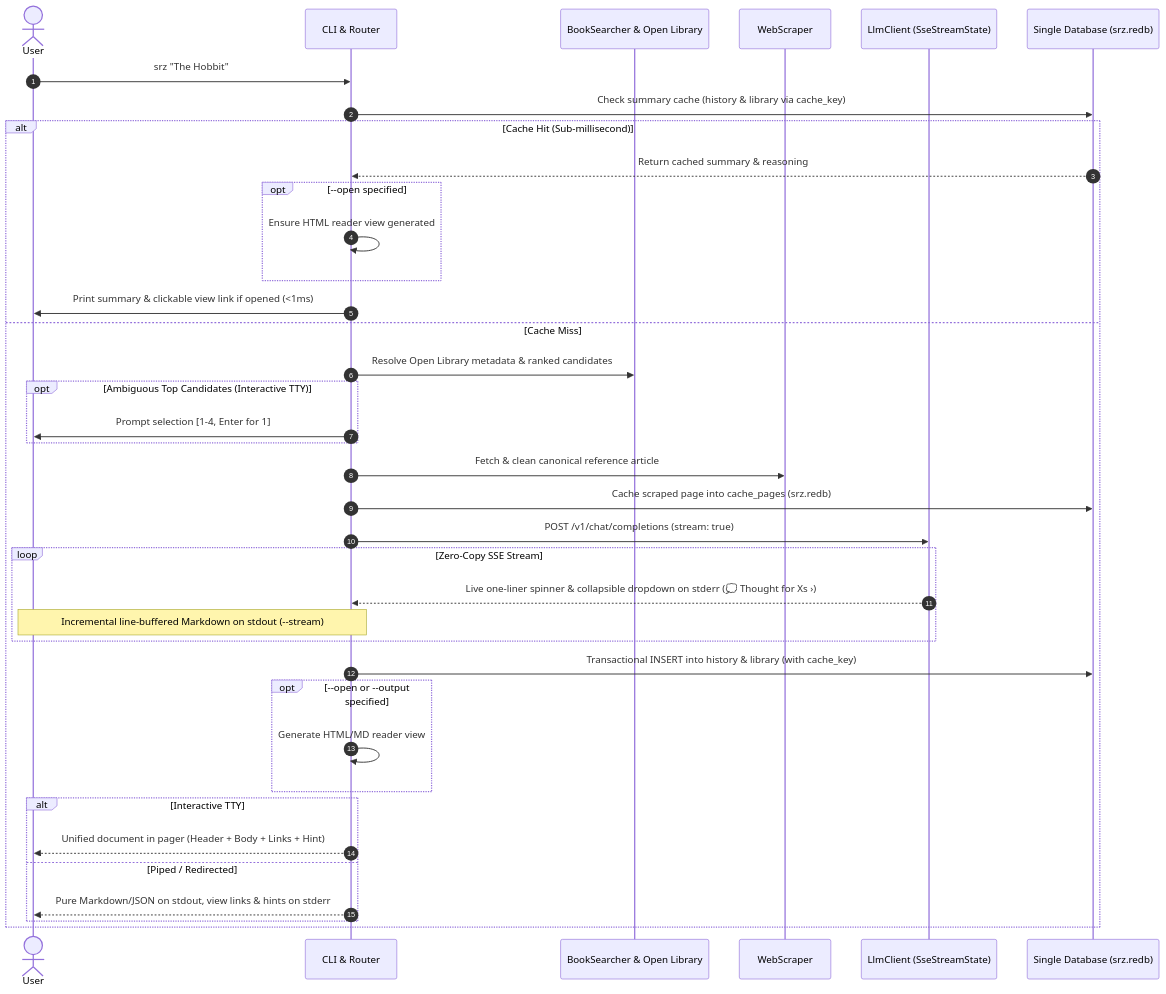
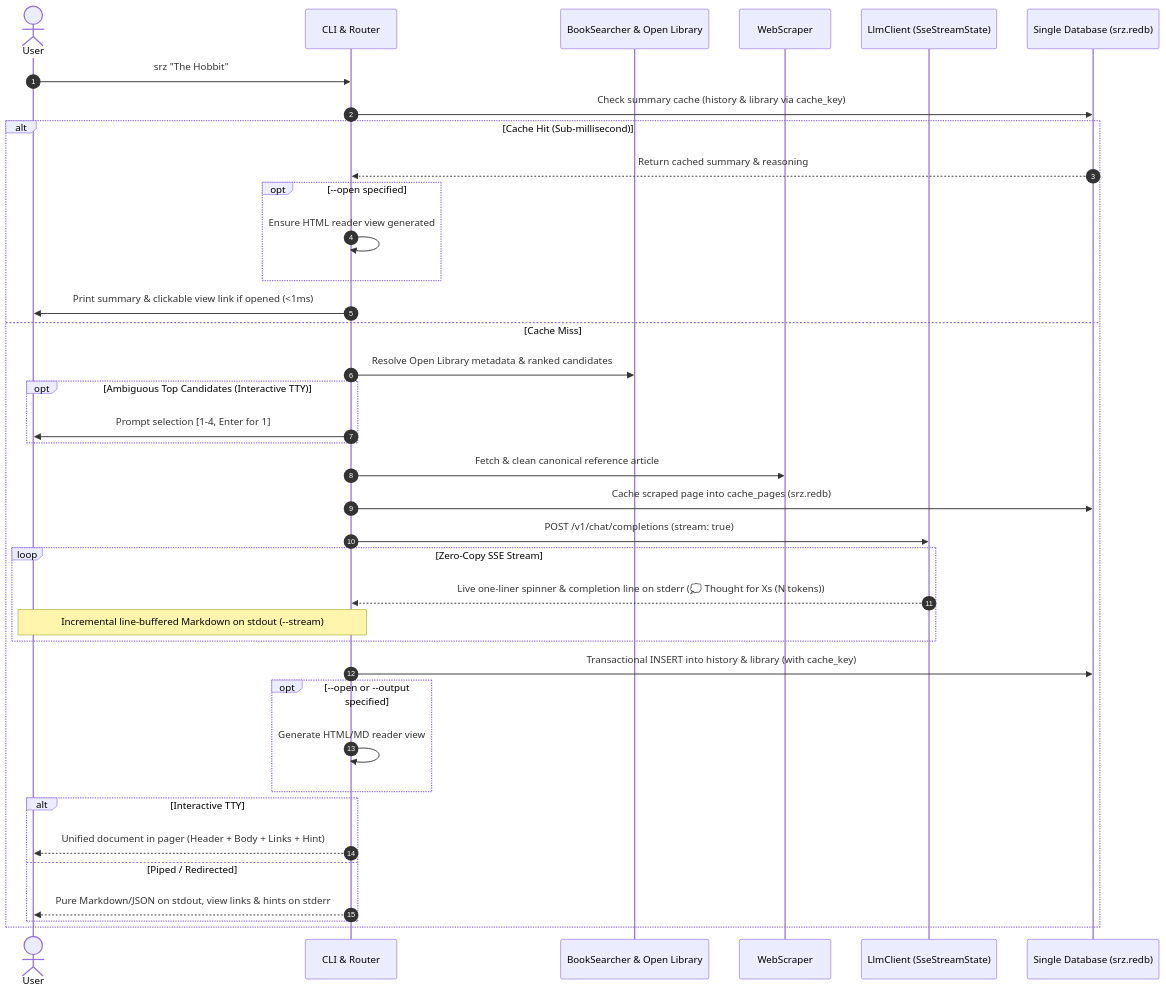
One commit to NewGuy012/srz changed the second of 4 diagrams in docs/src/architecture.md. Above: the diagram before and after it, drawn with Mermaid. The commit also changed other lines of this file and 1 other file, not shown here.

Commit message:
style(ui): align thought duration line formatting with terminal status logs

````diff
--- a/docs/src/architecture.md
+++ b/docs/src/architecture.md
@@ -131,41 +131,41 @@
 ```mermaid
 sequenceDiagram
     autonumber
     actor User
     participant CLI as CLI & Router
     participant Search as BookSearcher & Open Library
     participant Scraper as WebScraper
     participant LLM as LlmClient (SseStreamState)
     participant DB as Single Database (srz.redb)
 
     User->>CLI: srz "The Hobbit"
     CLI->>DB: Check summary cache (history & library via cache_key)
     alt Cache Hit (Sub-millisecond)
         DB-->>CLI: Return cached summary & reasoning
         opt --open specified
             CLI->>CLI: Ensure HTML reader view generated
         end
         CLI->>User: Print summary & clickable view link if opened (<1ms)
     else Cache Miss
         CLI->>Search: Resolve Open Library metadata & ranked candidates
         opt Ambiguous Top Candidates (Interactive TTY)
             CLI->>User: Prompt selection [1-4, Enter for 1]
         end
         CLI->>Scraper: Fetch & clean canonical reference article
         CLI->>DB: Cache scraped page into cache_pages (srz.redb)
         CLI->>LLM: POST /v1/chat/completions (stream: true)
         loop Zero-Copy SSE Stream
-            LLM-->>CLI: Live one-liner spinner & collapsible dropdown on stderr (💭 Thought for Xs ›)
+            LLM-->>CLI: Live one-liner spinner & completion line on stderr (💭 Thought for Xs (N tokens))
             Note over CLI,User: Incremental line-buffered Markdown on stdout (--stream)
         end
         CLI->>DB: Transactional INSERT into history & library (with cache_key)
         opt --open or --output specified
             CLI->>CLI: Generate HTML/MD reader view
         end
         alt Interactive TTY
             CLI-->>User: Unified document in pager (Header + Body + Links + Hint)
         else Piped / Redirected
             CLI-->>User: Pure Markdown/JSON on stdout, view links & hints on stderr
         end
     end
 ```
````
